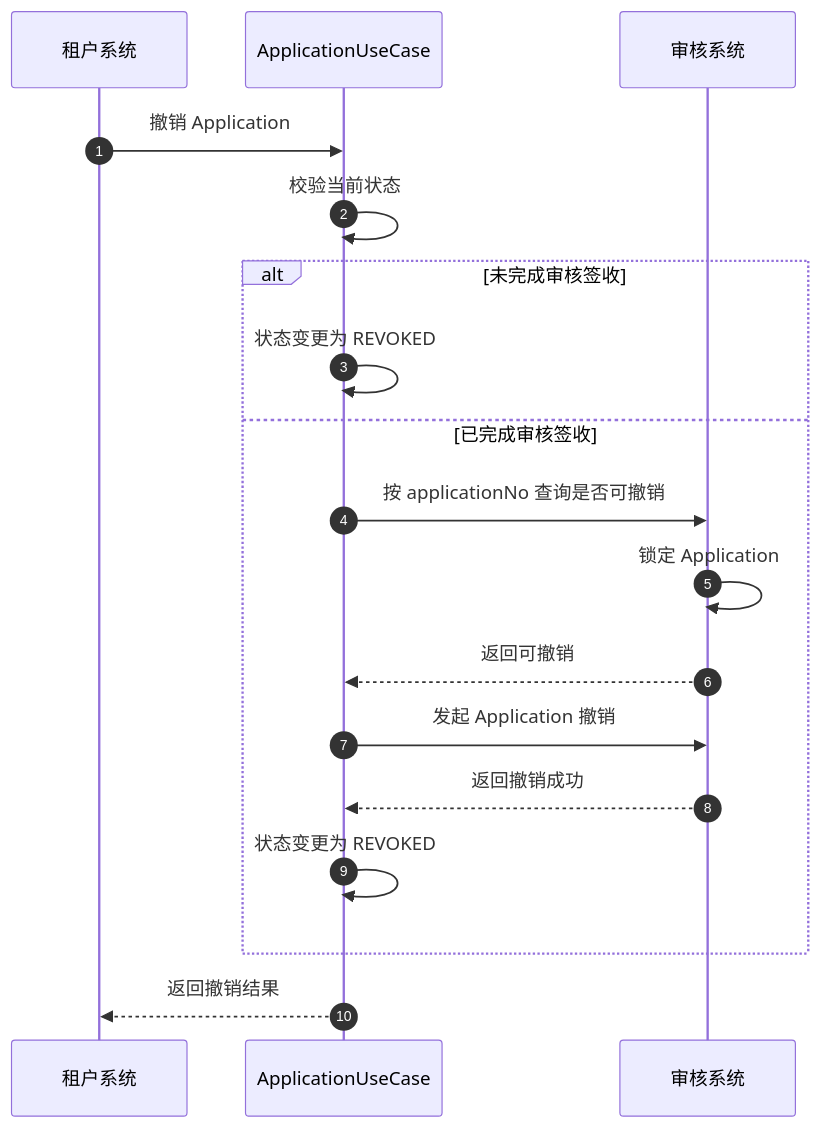
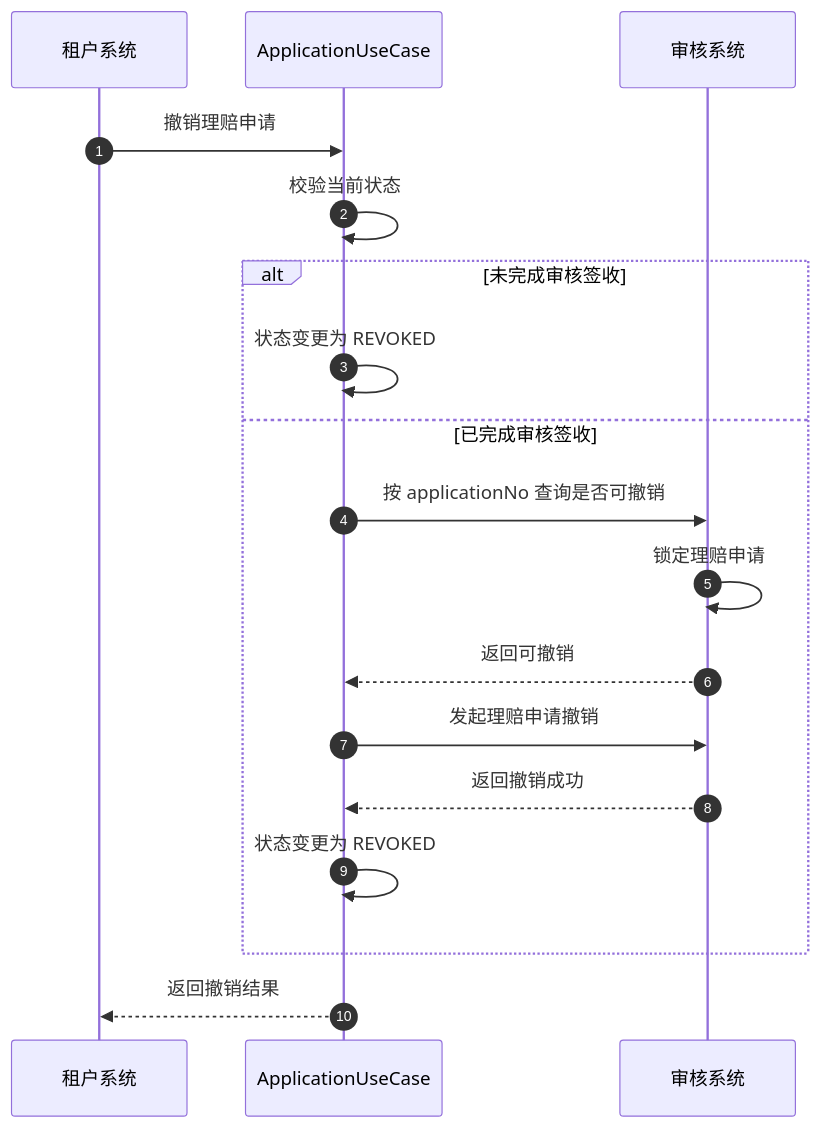
Before and after one commit to wangguangwu/claim-integration-platform: the ninth of 10 diagrams in docs/architecture/claim-application-architecture.md, drawn with Mermaid. The commit also changed other lines of this file and 299 other files, not shown here.

````diff
--- a/docs/architecture/claim-application-architecture.md
+++ b/docs/architecture/claim-application-architecture.md
@@ -385,23 +392,23 @@
 ```mermaid
 sequenceDiagram
     autonumber
     participant T as 租户系统
     participant U as ApplicationUseCase
     participant A as 审核系统
 
-    T->>U: 撤销 Application
+    T->>U: 撤销理赔申请
     U->>U: 校验当前状态
 
     alt 未完成审核签收
         U->>U: 状态变更为 REVOKED
     else 已完成审核签收
         U->>A: 按 applicationNo 查询是否可撤销
-        A->>A: 锁定 Application
+        A->>A: 锁定理赔申请
         A-->>U: 返回可撤销
-        U->>A: 发起 Application 撤销
+        U->>A: 发起理赔申请撤销
         A-->>U: 返回撤销成功
         U->>U: 状态变更为 REVOKED
     end
 
     U-->>T: 返回撤销结果
 ```
````
